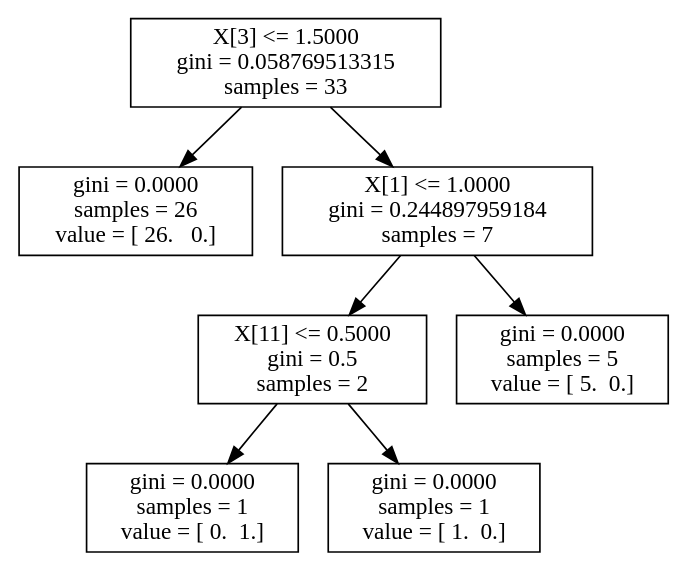
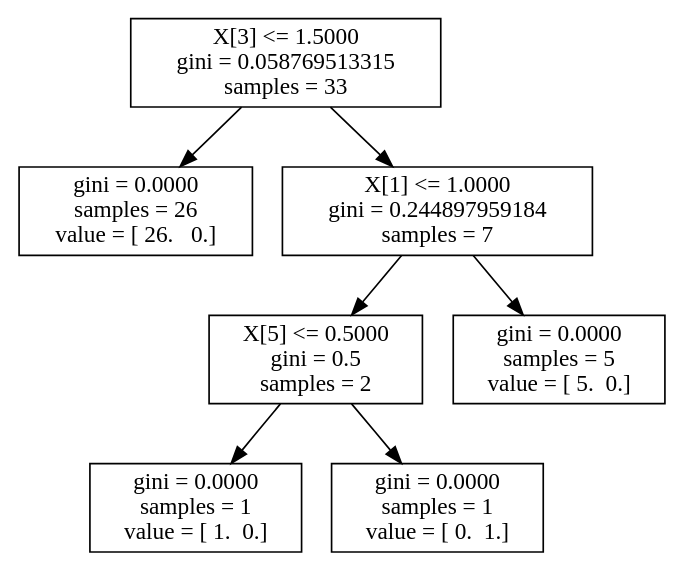
The diagram in neurosurgery_trees/longSENSE.dot (akeshavan/myscripts), drawn with Graphviz before and after one commit. The commit also changed 24 other files, not shown here.

```diff
--- a/neurosurgery_trees/longSENSE.dot
+++ b/neurosurgery_trees/longSENSE.dot
@@ -1,15 +1,15 @@
 digraph Tree {
 0 [label="X[3] <= 1.5000\ngini = 0.058769513315\nsamples = 33", shape="box"] ;
 1 [label="gini = 0.0000\nsamples = 26\nvalue = [ 26.   0.]", shape="box"] ;
 0 -> 1 ;
 2 [label="X[1] <= 1.0000\ngini = 0.244897959184\nsamples = 7", shape="box"] ;
 0 -> 2 ;
-3 [label="X[11] <= 0.5000\ngini = 0.5\nsamples = 2", shape="box"] ;
+3 [label="X[5] <= 0.5000\ngini = 0.5\nsamples = 2", shape="box"] ;
 2 -> 3 ;
-4 [label="gini = 0.0000\nsamples = 1\nvalue = [ 0.  1.]", shape="box"] ;
+4 [label="gini = 0.0000\nsamples = 1\nvalue = [ 1.  0.]", shape="box"] ;
 3 -> 4 ;
-5 [label="gini = 0.0000\nsamples = 1\nvalue = [ 1.  0.]", shape="box"] ;
+5 [label="gini = 0.0000\nsamples = 1\nvalue = [ 0.  1.]", shape="box"] ;
 3 -> 5 ;
 6 [label="gini = 0.0000\nsamples = 5\nvalue = [ 5.  0.]", shape="box"] ;
 2 -> 6 ;
 }
```
